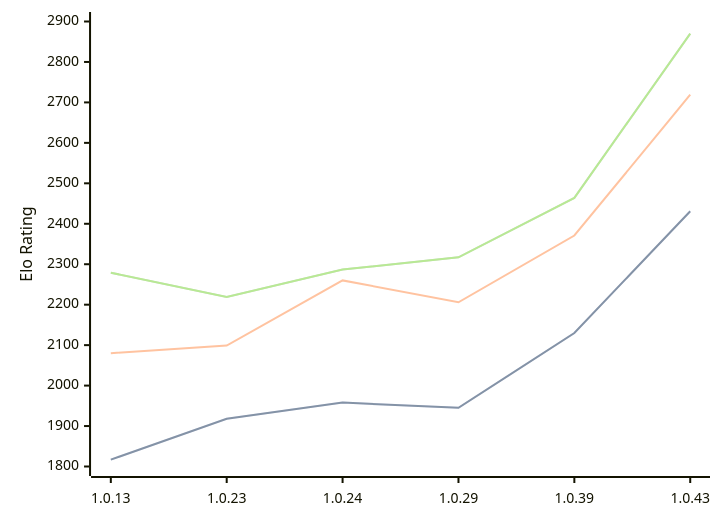
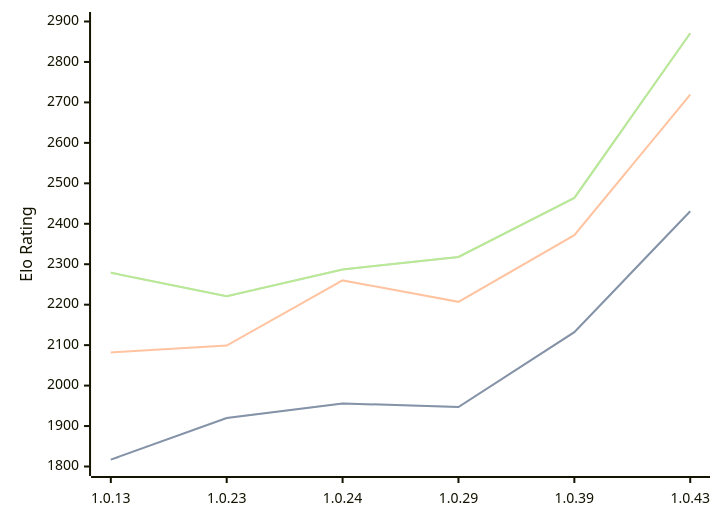
Before and after one commit to computer-chess-index/cci: the diagram in engines/RustyRival.md, drawn with Mermaid. The commit also changed other lines of this file, not shown here.

Commit message:
Update CCI Ratings (ELO VLTC) - 2026-05-12

````diff
--- a/engines/RustyRival.md
+++ b/engines/RustyRival.md
@@ -68,11 +68,11 @@
 ```mermaid
 %%{init: {"theme":"base","themeVariables":{"seriesColors:['#a3a3a3','#222221','#faa371']}}}%%
 xychart-beta
   x-axis ["1.0.13", "1.0.23", "1.0.24", "1.0.29", "1.0.39", "1.0.43"]
   y-axis "Elo Rating" 1800 --> 2900
-  line "STC (8.0+0.08s)" [1817, 1918, 1958, 1945, 2130, 2431]
-  line "STC (8.0+0.08s)" [1817, 1918, 1958, 1945, 2130, 2431]
-  line "LTC (60.0+0.60s)" [2080, 2099, 2260, 2206, 2371, 2719]
-  line "VLTC (2m24s+1.12s)" [2279, 2219, 2287, 2317, 2464, 2870]
-  line "VLTC (2m24s+1.12s)" [2279, 2219, 2287, 2317, 2464, 2870]
+  line "STC (8.0+0.08s)" [1817, 1920, 1956, 1947, 2132, 2431]
+  line "STC (8.0+0.08s)" [1817, 1920, 1956, 1947, 2132, 2431]
+  line "LTC (60.0+0.60s)" [2082, 2099, 2260, 2207, 2372, 2719]
+  line "VLTC (2m24s+1.12s)" [2279, 2221, 2287, 2318, 2464, 2871]
+  line "VLTC (2m24s+1.12s)" [2279, 2221, 2287, 2318, 2464, 2871]
 ```
````
